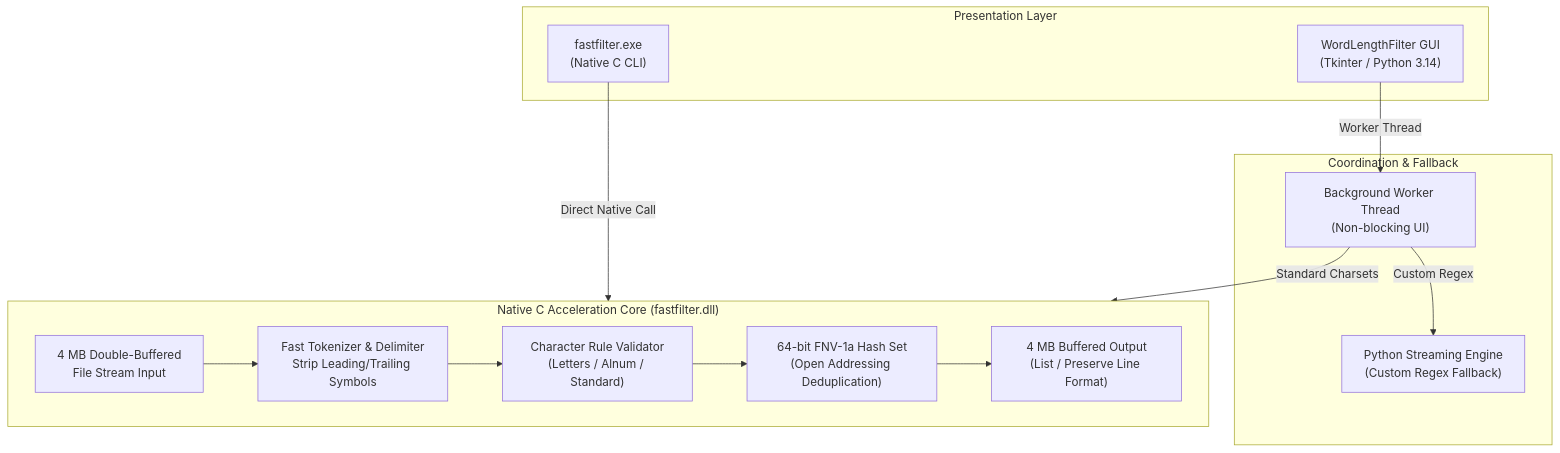
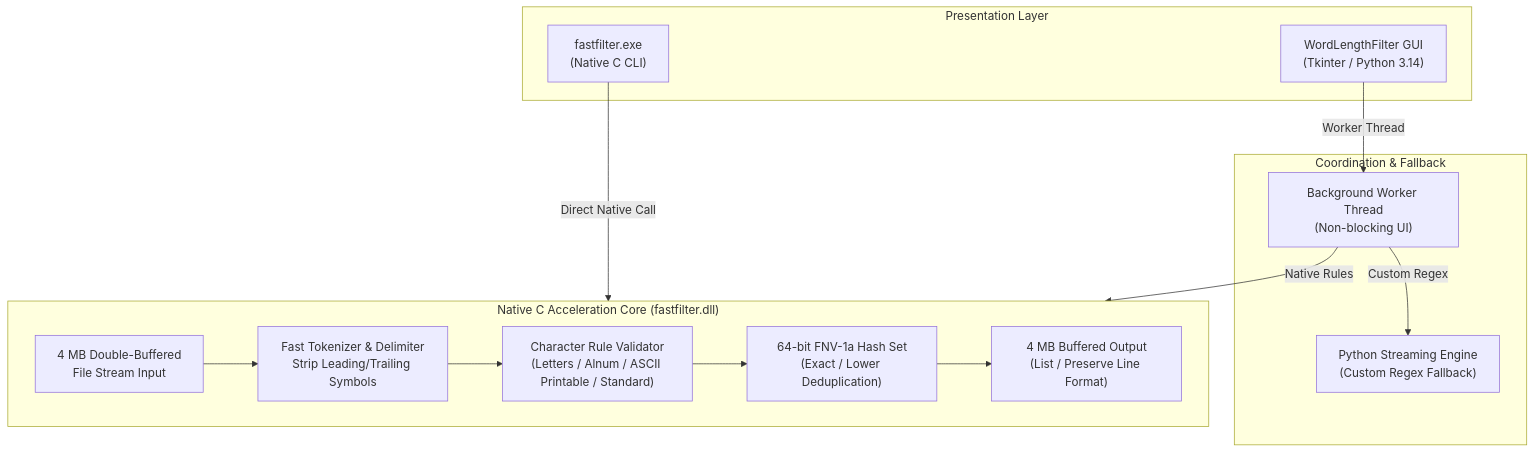
The diagram in README.md (fied1k/Wordlist-Edit-Tool), drawn with Mermaid before and after one commit. The commit also changed other lines of this file and 8 other files, not shown here.

Commit message:
chore(release): release v1.1.0 - Add custom destination folder selector, WPA2 presets (8-63 and 8-16), and ASCII printable character rule

````diff
--- a/README.md
+++ b/README.md
@@ -17,30 +17,30 @@
 ```mermaid
 flowchart TD
     subgraph Presentation ["Presentation Layer"]
         GUI["WordLengthFilter GUI\n(Tkinter / Python 3.14)"]
         CLI["fastfilter.exe\n(Native C CLI)"]
     end
 
     subgraph Coordination ["Coordination & Fallback"]
         WORKER["Background Worker Thread\n(Non-blocking UI)"]
         PY_STREAM["Python Streaming Engine\n(Custom Regex Fallback)"]
     end
 
     subgraph Engine ["Native C Acceleration Core (fastfilter.dll)"]
         BUF_IN["4 MB Double-Buffered\nFile Stream Input"]
         TOKENIZER["Fast Tokenizer & Delimiter\nStrip Leading/Trailing Symbols"]
-        RULE_ENGINE["Character Rule Validator\n(Letters / Alnum / Standard)"]
-        HASHSET["64-bit FNV-1a Hash Set\n(Open Addressing Deduplication)"]
+        RULE_ENGINE["Character Rule Validator\n(Letters / Alnum / ASCII Printable / Standard)"]
+        HASHSET["64-bit FNV-1a Hash Set\n(Exact / Lower Deduplication)"]
         BUF_OUT["4 MB Buffered Output\n(List / Preserve Line Format)"]
     end
 
     GUI -->|Worker Thread| WORKER
-    WORKER -->|Standard Charsets| Engine
+    WORKER -->|Native Rules| Engine
     WORKER -->|Custom Regex| PY_STREAM
     CLI -->|Direct Native Call| Engine
 
     BUF_IN --> TOKENIZER
     TOKENIZER --> RULE_ENGINE
     RULE_ENGINE --> HASHSET
     HASHSET --> BUF_OUT
 ```
````
